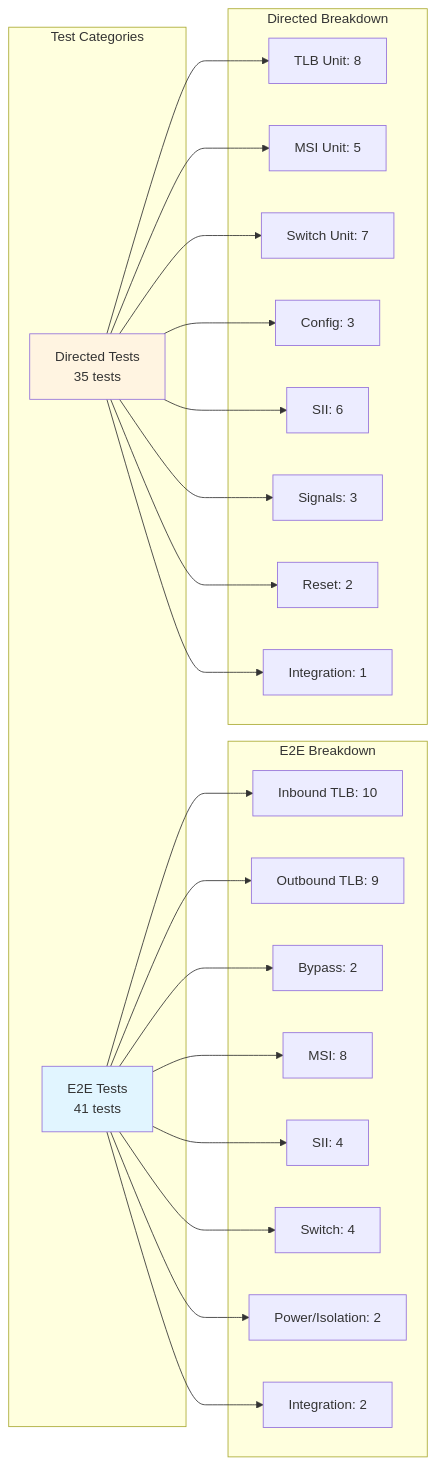
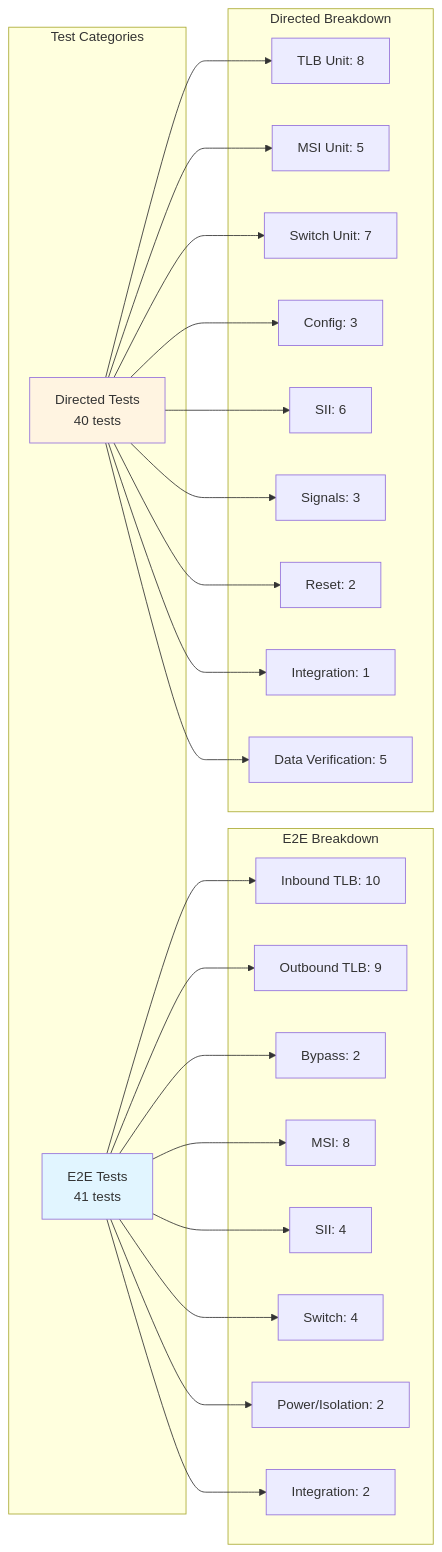
Before and after one commit to pdroyTT/Keraunos_PCIe_TILE: diagram 27 of 27 in docs_source/hld.md, drawn with Mermaid. The commit also changed other lines of this file and 744 other files, not shown here.

````diff
--- a/docs_source/hld.md
+++ b/docs_source/hld.md
@@ -1788,50 +1784,52 @@
 ```{mermaid}
 graph LR
     subgraph "Test Categories"
         E2E[E2E Tests<br/>41 tests]
-        DIR[Directed Tests<br/>35 tests]
+        DIR[Directed Tests<br/>40 tests]
     end
     
     subgraph "E2E Breakdown"
         E1[Inbound TLB: 10]
         E2[Outbound TLB: 9]
         E3[Bypass: 2]
         E4[MSI: 8]
         E5[SII: 4]
         E6[Switch: 4]
         E7[Power/Isolation: 2]
         E8[Integration: 2]
     end
     
     subgraph "Directed Breakdown"
         D1[TLB Unit: 8]
         D2[MSI Unit: 5]
         D3[Switch Unit: 7]
         D4[Config: 3]
         D5[SII: 6]
         D6[Signals: 3]
         D7[Reset: 2]
         D8[Integration: 1]
+        D9[Data Verification: 5]
     end
     
     E2E --> E1
     E2E --> E2
     E2E --> E3
     E2E --> E4
     E2E --> E5
     E2E --> E6
     E2E --> E7
     E2E --> E8
     
     DIR --> D1
     DIR --> D2
     DIR --> D3
     DIR --> D4
     DIR --> D5
     DIR --> D6
     DIR --> D7
     DIR --> D8
+    DIR --> D9
     
     style E2E fill:#e1f5ff
     style DIR fill:#fff4e1
 ```
````
